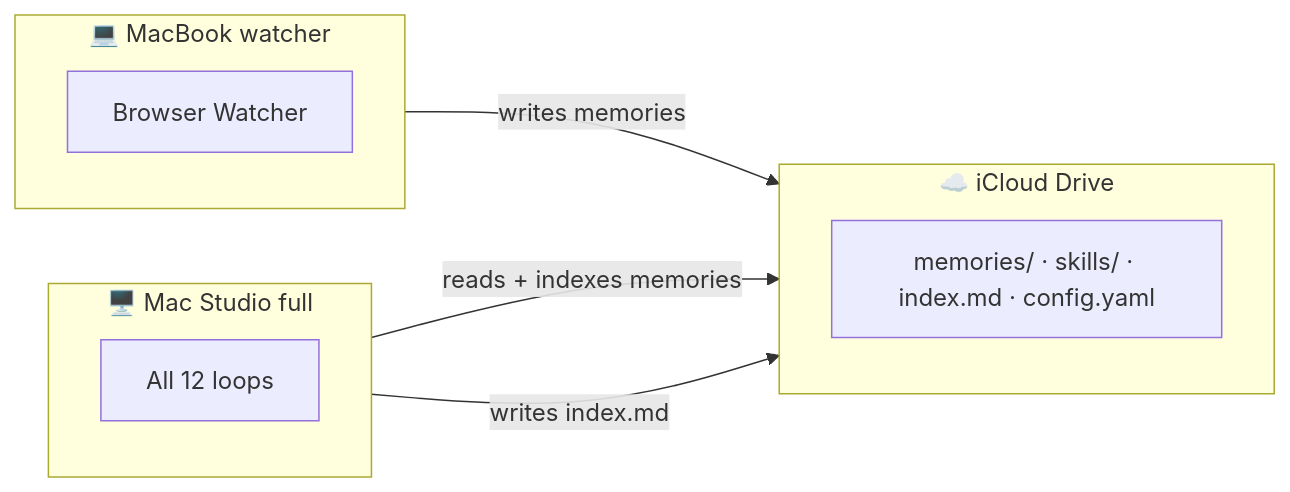
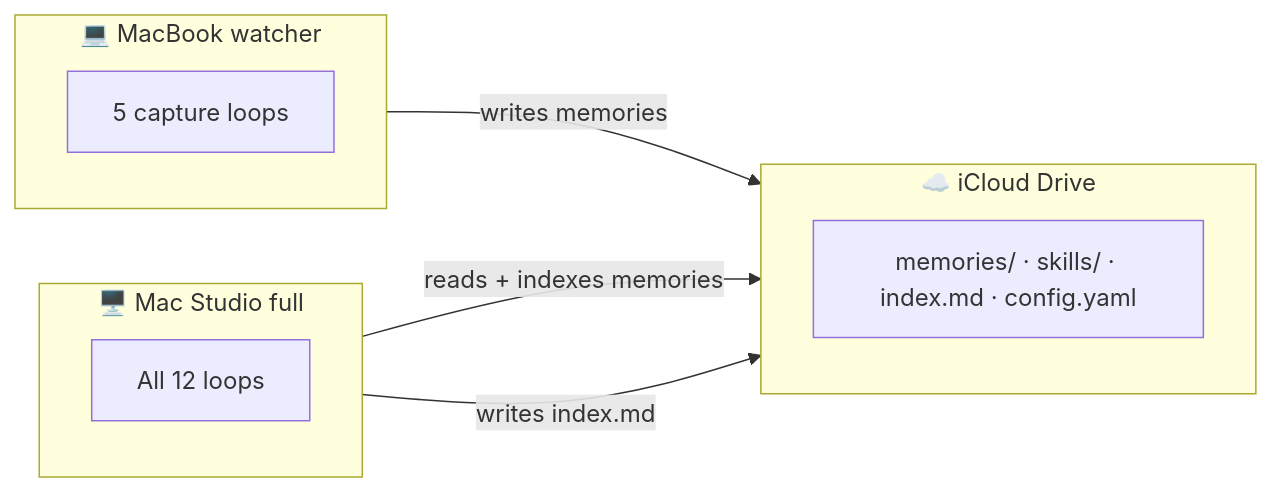
Before and after one commit to chrisbrobertson/felix: the sixth of 9 diagrams in README.md, drawn with Mermaid. The commit also changed other lines of this file and 1 other file, not shown here.

Commit message:
Docs: update watcher role description for 5-scanner expansion

````diff
--- a/README.md
+++ b/README.md
@@ -690,16 +700,16 @@
 ```mermaid
 graph LR
     subgraph LAPTOP["💻  MacBook  watcher"]
-        WB[Browser Watcher]
+        WB[5 capture loops]
     end
     subgraph STUDIO["🖥️  Mac Studio  full"]
         ALL[All 12 loops]
     end
     subgraph CLOUD["☁️  iCloud Drive"]
         FILES["memories/ · skills/ · index.md · config.yaml"]
     end
 
     LAPTOP -- "writes memories" --> CLOUD
     STUDIO -- "reads + indexes memories" --> CLOUD
     STUDIO -- "writes index.md" --> CLOUD
 ```
````
